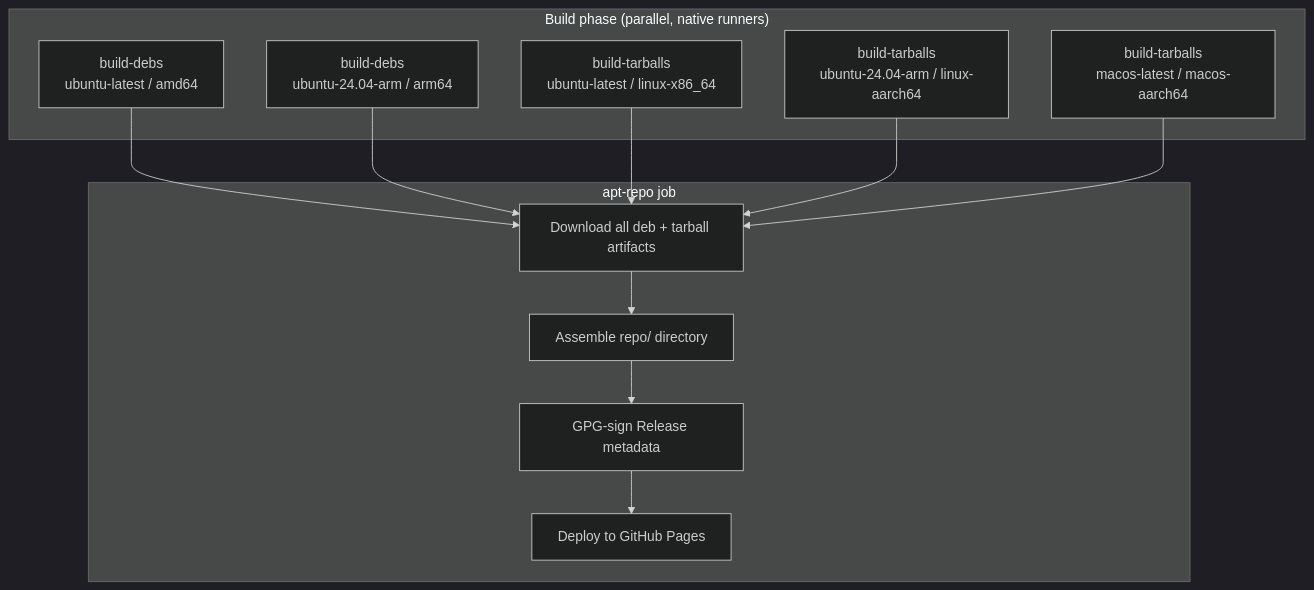
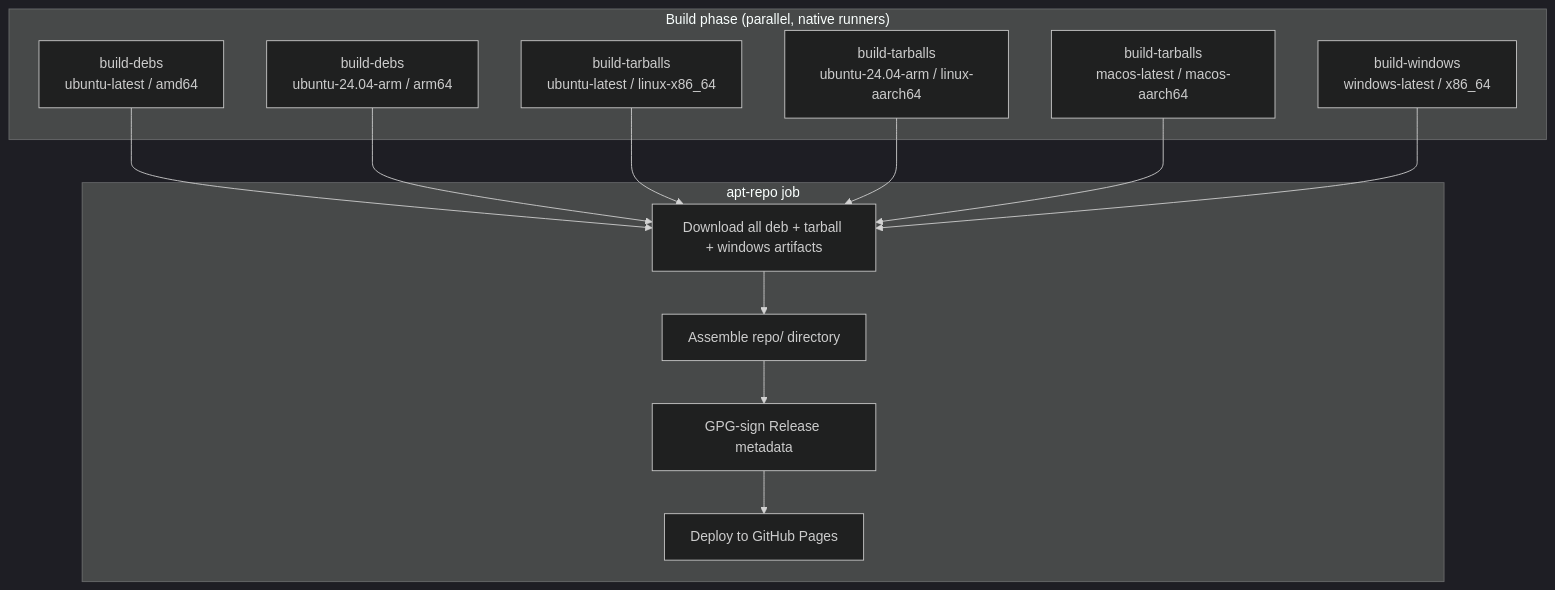
Before and after one commit to indent-com/blit: the first of 8 diagrams in SERVICES.md, drawn with Mermaid (dark theme). The commit also changed other lines of this file and 24 other files, not shown here.

````diff
--- a/SERVICES.md
+++ b/SERVICES.md
@@ -80,24 +92,26 @@
 ```mermaid
 flowchart TD
     subgraph "Build phase (parallel, native runners)"
         BD_AMD[build-debs<br>ubuntu-latest / amd64]
         BD_ARM[build-debs<br>ubuntu-24.04-arm / arm64]
         BT_X86[build-tarballs<br>ubuntu-latest / linux-x86_64]
         BT_ARM[build-tarballs<br>ubuntu-24.04-arm / linux-aarch64]
         BT_MAC[build-tarballs<br>macos-latest / macos-aarch64]
+        BW[build-windows<br>windows-latest / x86_64]
     end
 
     subgraph "apt-repo job"
-        DL[Download all deb + tarball artifacts]
+        DL[Download all deb + tarball + windows artifacts]
         REPO[Assemble repo/ directory]
         SIGN[GPG-sign Release metadata]
         PAGES[Deploy to GitHub Pages]
         DL --> REPO --> SIGN --> PAGES
     end
 
     BD_AMD --> DL
     BD_ARM --> DL
     BT_X86 --> DL
     BT_ARM --> DL
     BT_MAC --> DL
+    BW --> DL
 ```
````
